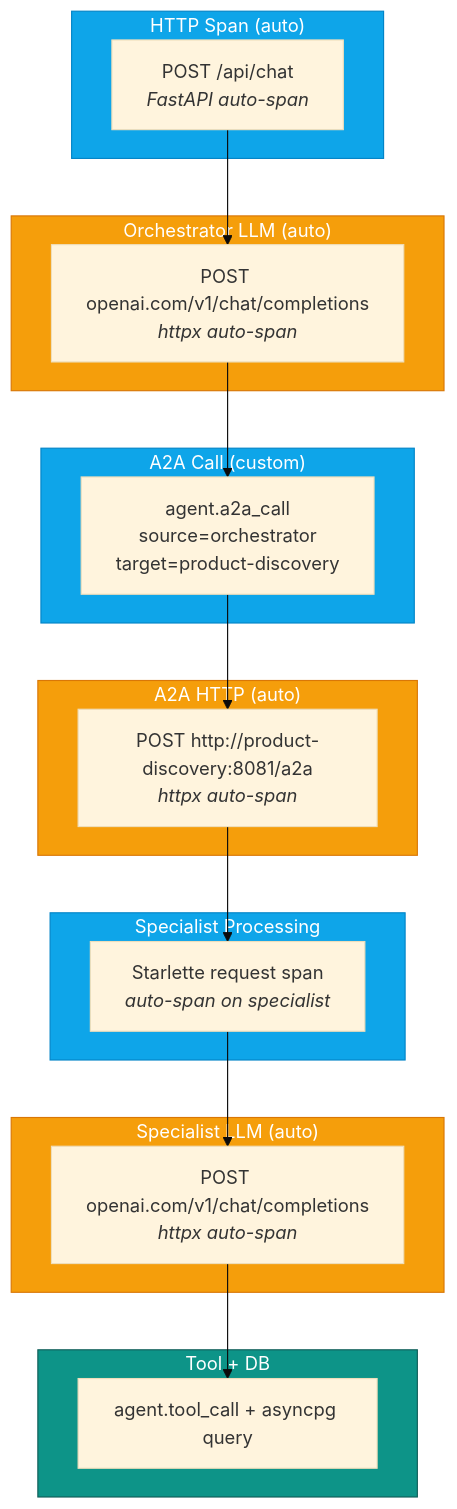
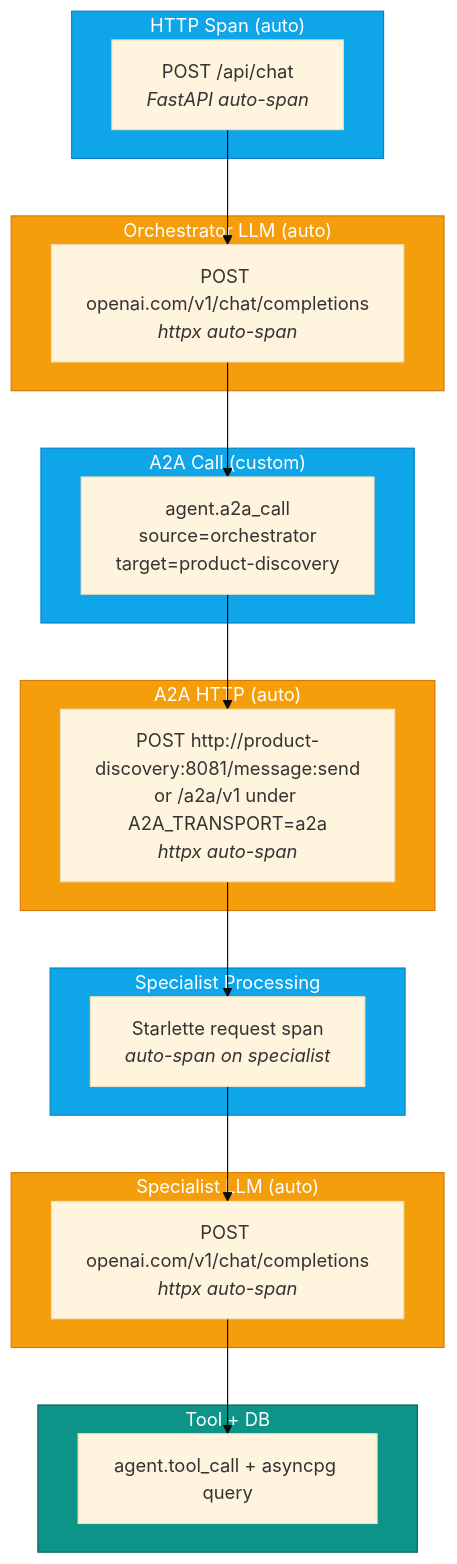
The third of 3 diagrams in docs/telemetry.md (rakyma0228/eCommerce-agent), drawn with Mermaid (base theme) before and after one commit. The commit also changed other lines of this file and 20 other files, not shown here.

First line of the commit message:
docs: sync README, CLAUDE.md and docs/ with the code (A2A 1.0, schema, deployment, API, nav) (#159)

````diff
--- a/docs/telemetry.md
+++ b/docs/telemetry.md
@@ -94,44 +94,44 @@
 ```mermaid
 graph TD
     subgraph HTTP["HTTP Span (auto)"]
         style HTTP fill:#0ea5e9,stroke:#0284c7,color:#fff
         A["POST /api/chat<br/><i>FastAPI auto-span</i>"]
     end
 
     subgraph LLM1["Orchestrator LLM (auto)"]
         style LLM1 fill:#f59e0b,stroke:#d97706,color:#fff
         B["POST openai.com/v1/chat/completions<br/><i>httpx auto-span</i>"]
     end
 
     subgraph A2A["A2A Call (custom)"]
         style A2A fill:#0ea5e9,stroke:#0284c7,color:#fff
         C["agent.a2a_call<br/>source=orchestrator<br/>target=product-discovery"]
     end
 
     subgraph A2AHTTP["A2A HTTP (auto)"]
         style A2AHTTP fill:#f59e0b,stroke:#d97706,color:#fff
-        D["POST http://product-discovery:8081/a2a<br/><i>httpx auto-span</i>"]
+        D["POST http://product-discovery:8081/message:send<br/>or /a2a/v1 under A2A_TRANSPORT=a2a<br/><i>httpx auto-span</i>"]
     end
 
     subgraph Specialist["Specialist Processing"]
         style Specialist fill:#0ea5e9,stroke:#0284c7,color:#fff
         E["Starlette request span<br/><i>auto-span on specialist</i>"]
     end
 
     subgraph LLM2["Specialist LLM (auto)"]
         style LLM2 fill:#f59e0b,stroke:#d97706,color:#fff
         F["POST openai.com/v1/chat/completions<br/><i>httpx auto-span</i>"]
     end
 
     subgraph Tool["Tool + DB"]
         style Tool fill:#0d9488,stroke:#115e59,color:#fff
         G["agent.tool_call + asyncpg query"]
     end
 
     A --> B
     B --> C
     C --> D
     D --> E
     E --> F
     F --> G
 ```
````
